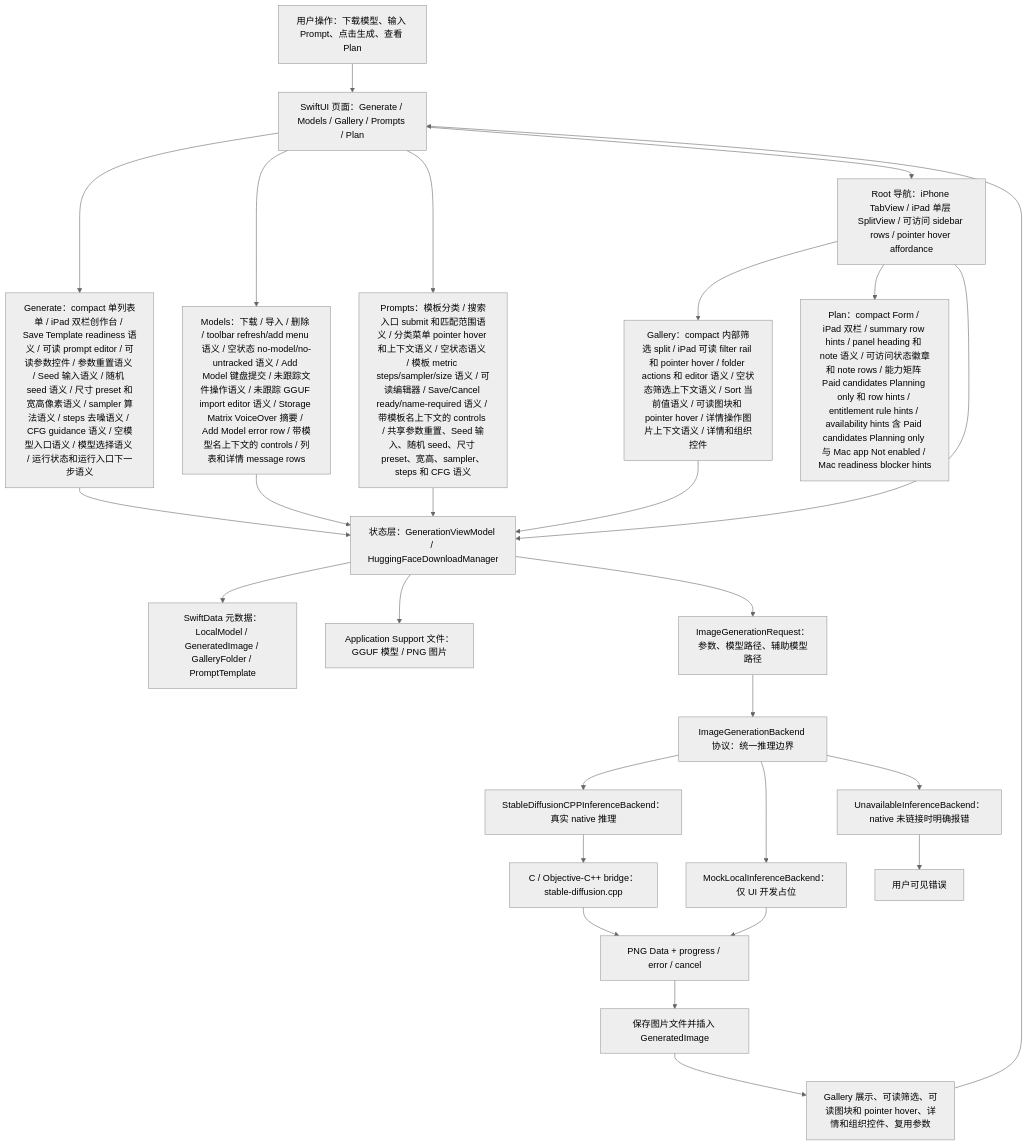
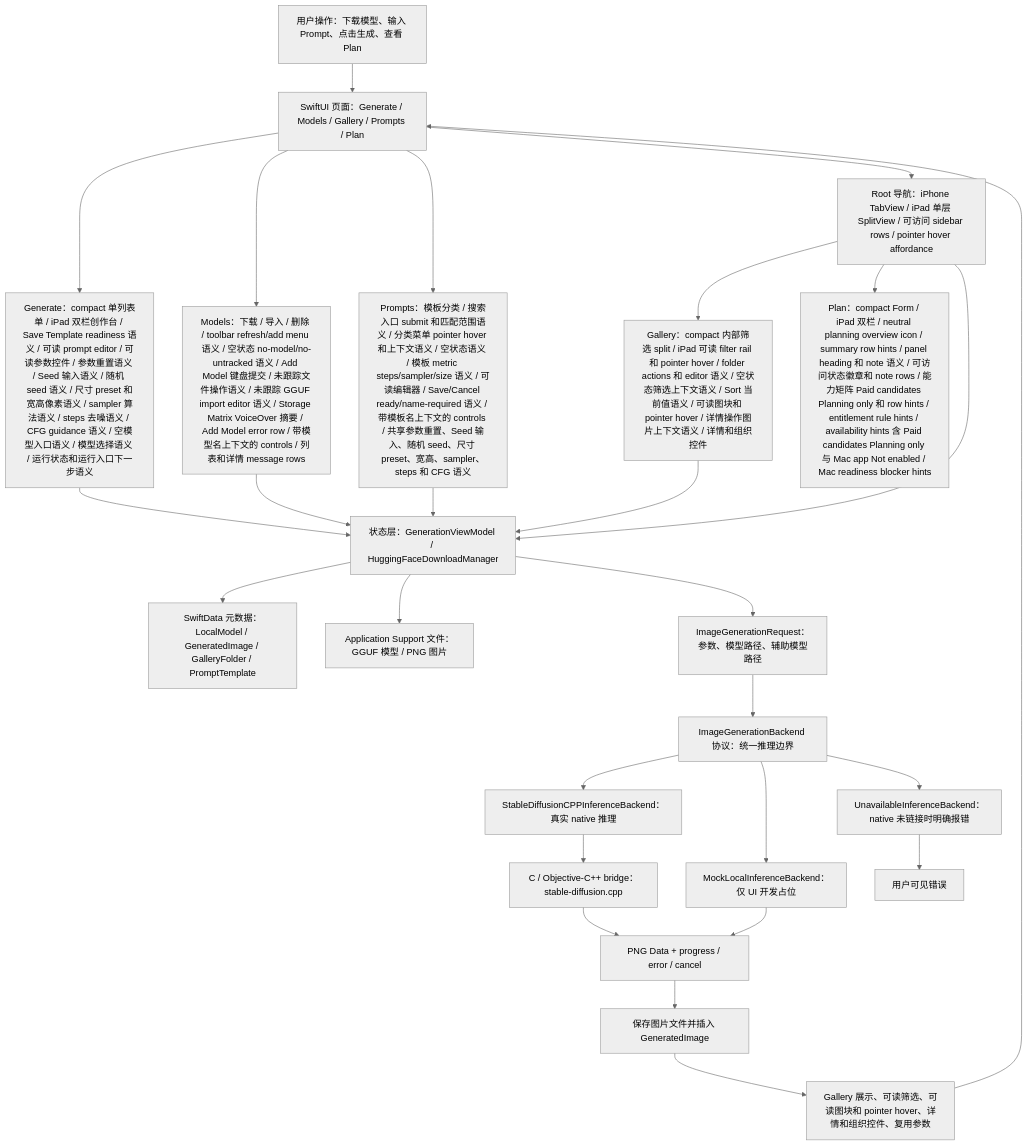
Before and after one commit to Altman-sam114/118: the first of 7 diagrams in md/flow/flowchart.md, drawn with Mermaid (neutral theme). The commit also changed 5 other files, not shown here.

First line of the commit message:
v1.69: Plan overview planning icon

````diff
--- a/md/flow/flowchart.md
+++ b/md/flow/flowchart.md
@@ -9,29 +9,29 @@
 ```mermaid
 flowchart TD
   U["用户操作：下载模型、输入 Prompt、点击生成、查看 Plan"] --> UI["SwiftUI 页面：Generate / Models / Gallery / Prompts / Plan"]
   UI --> GENUI["Generate：compact 单列表单 / iPad 双栏创作台 / Save Template readiness 语义 / 可读 prompt editor / 可读参数控件 / 参数重置语义 / Seed 输入语义 / 随机 seed 语义 / 尺寸 preset 和宽高像素语义 / sampler 算法语义 / steps 去噪语义 / CFG guidance 语义 / 空模型入口语义 / 模型选择语义 / 运行状态和运行入口下一步语义"]
   UI --> MODELUI["Models：下载 / 导入 / 删除 / toolbar refresh/add menu 语义 / 空状态 no-model/no-untracked 语义 / Add Model 键盘提交 / 未跟踪文件操作语义 / 未跟踪 GGUF import editor 语义 / Storage Matrix VoiceOver 摘要 / Add Model error row / 带模型名上下文的 controls / 列表和详情 message rows"]
   UI --> PROMPTUI["Prompts：模板分类 / 搜索入口 submit 和匹配范围语义 / 分类菜单 pointer hover 和上下文语义 / 空状态语义 / 模板 metric steps/sampler/size 语义 / 可读编辑器 / Save/Cancel ready/name-required 语义 / 带模板名上下文的 controls / 共享参数重置、Seed 输入、随机 seed、尺寸 preset、宽高、sampler、steps 和 CFG 语义"]
   UI --> NAV["Root 导航：iPhone TabView / iPad 单层 SplitView / 可访问 sidebar rows / pointer hover affordance"]
   NAV --> GALUI["Gallery：compact 内部筛选 split / iPad 可读 filter rail 和 pointer hover / folder actions 和 editor 语义 / 空状态筛选上下文语义 / Sort 当前值语义 / 可读图块和 pointer hover / 详情操作图片上下文语义 / 详情和组织控件"]
-  NAV --> PLANUI["Plan：compact Form / iPad 双栏 / summary row hints / panel heading 和 note 语义 / 可访问状态徽章和 note rows / 能力矩阵 Paid candidates Planning only 和 row hints / entitlement rule hints / availability hints 含 Paid candidates Planning only 与 Mac app Not enabled / Mac readiness blocker hints"]
+  NAV --> PLANUI["Plan：compact Form / iPad 双栏 / neutral planning overview icon / summary row hints / panel heading 和 note 语义 / 可访问状态徽章和 note rows / 能力矩阵 Paid candidates Planning only 和 row hints / entitlement rule hints / availability hints 含 Paid candidates Planning only 与 Mac app Not enabled / Mac readiness blocker hints"]
   NAV --> VM["状态层：GenerationViewModel / HuggingFaceDownloadManager"]
   GENUI --> VM
   MODELUI --> VM
   PROMPTUI --> VM
   GALUI --> VM
   VM --> SD["SwiftData 元数据：LocalModel / GeneratedImage / GalleryFolder / PromptTemplate"]
   VM --> FS["Application Support 文件：GGUF 模型 / PNG 图片"]
   VM --> REQ["ImageGenerationRequest：参数、模型路径、辅助模型路径"]
   REQ --> IFACE["ImageGenerationBackend 协议：统一推理边界"]
   IFACE --> NATIVE["StableDiffusionCPPInferenceBackend：真实 native 推理"]
   IFACE --> MOCK["MockLocalInferenceBackend：仅 UI 开发占位"]
   IFACE --> OFF["UnavailableInferenceBackend：native 未链接时明确报错"]
   NATIVE --> BRIDGE["C / Objective-C++ bridge：stable-diffusion.cpp"]
   BRIDGE --> PNG["PNG Data + progress / error / cancel"]
   MOCK --> PNG
   OFF --> ERR["用户可见错误"]
   PNG --> SAVE["保存图片文件并插入 GeneratedImage"]
   SAVE --> GALLERY["Gallery 展示、可读筛选、可读图块和 pointer hover、详情和组织控件、复用参数"]
   GALLERY --> UI
 ```
````
